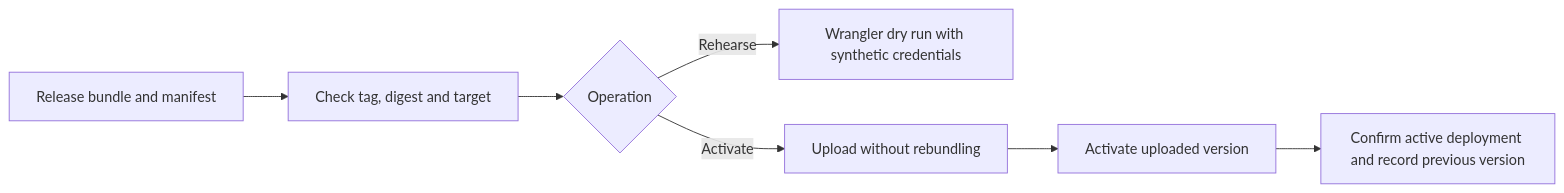
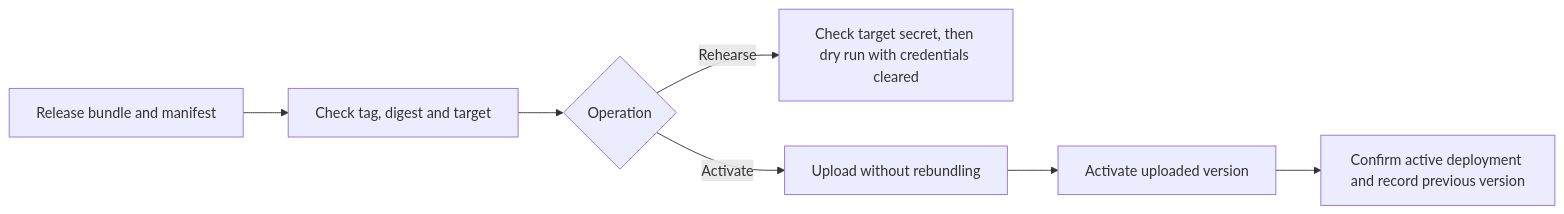
Before and after one commit to vhco-pro/worker-deploy-action: the diagram in README.md, drawn with Mermaid. The commit also changed 1 other file, not shown here.

Commit message:
docs: clarify credential handling and activation checks

````diff
--- a/README.md
+++ b/README.md
@@ -6,9 +6,9 @@
 ```mermaid
 flowchart LR
     A["Release bundle and manifest"] --> B["Check tag, digest and target"]
     B --> C{"Operation"}
-    C -->|Rehearse| D["Wrangler dry run with synthetic credentials"]
+    C -->|Rehearse| D["Check target secret, then dry run with credentials cleared"]
     C -->|Activate| E["Upload without rebundling"]
     E --> F["Activate uploaded version"]
     F --> G["Confirm active deployment and record previous version"]
 ```
````
